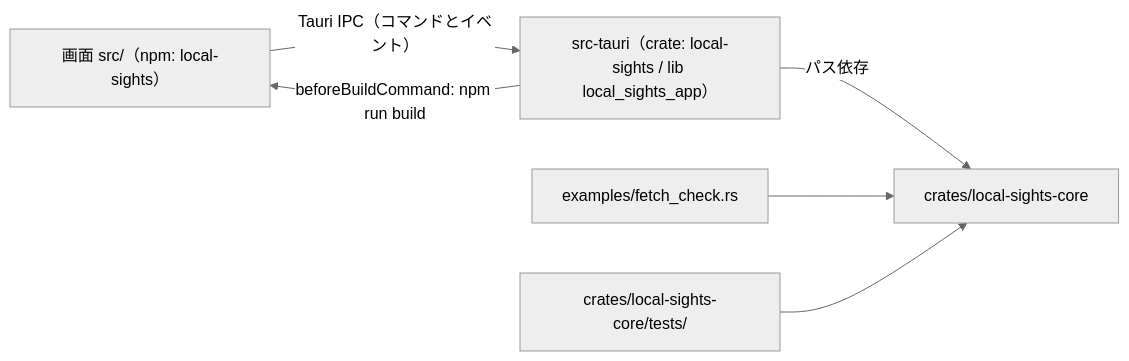
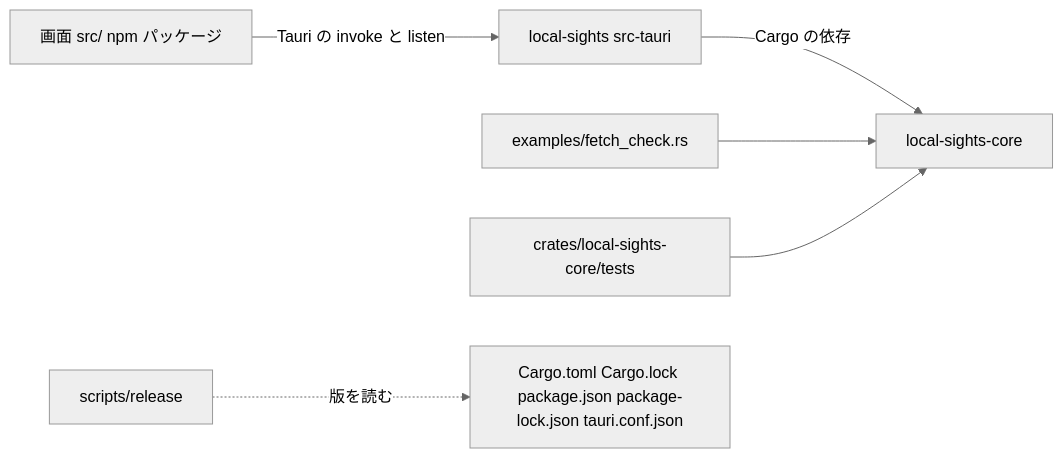
One commit to kdnakt/local-sights changed the first of 2 diagrams in aidlc/spaces/default/codekb/local-sights/dependencies.md. Above: the diagram before and after it, drawn with Mermaid (neutral theme). The commit also changed other lines of this file and 209 other files, not shown here.

````diff
--- a/aidlc/spaces/default/codekb/local-sights/dependencies.md
+++ b/aidlc/spaces/default/codekb/local-sights/dependencies.md
@@ -7,8 +22,8 @@
 ```mermaid
 flowchart LR
-  Screen["画面 src/（npm: local-sights）"] -- "Tauri IPC（コマンドとイベント）" --> App["src-tauri（crate: local-sights / lib local_sights_app）"]
-  App -- "パス依存" --> Core["crates/local-sights-core"]
+  Screen["画面 src/ npm パッケージ"] -- "Tauri の invoke と listen" --> App["local-sights src-tauri"]
+  App -- "Cargo の依存" --> Core["local-sights-core"]
   Example["examples/fetch_check.rs"] --> Core
-  Tests["crates/local-sights-core/tests/"] --> Core
-  App -- "beforeBuildCommand: npm run build" --> Screen
+  Tests["crates/local-sights-core/tests"] --> Core
+  Release["scripts/release"] -.->|"版を読む"| Manifests["Cargo.toml Cargo.lock package.json package-lock.json tauri.conf.json"]
 ```
````
